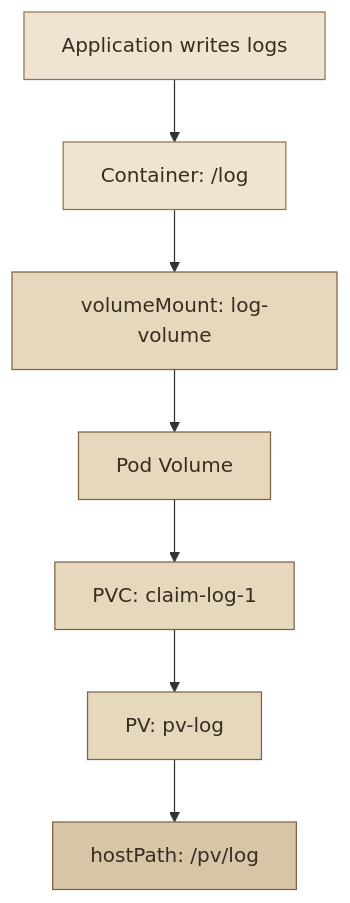
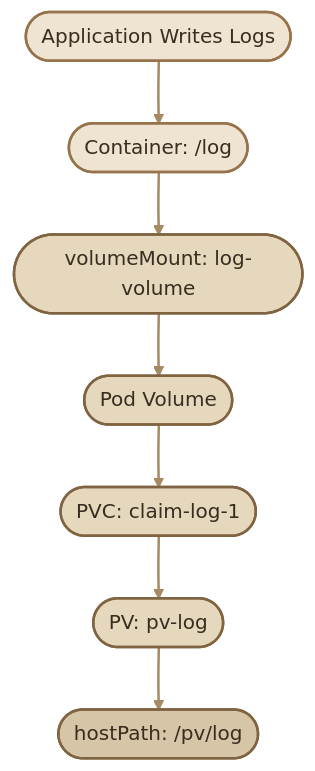
Before and after one commit to mustafammasoud/ops-handbook: the second of 3 diagrams in content/container-orchestration/kubernetes/Storage/persistent-volumes-claims-lab.mdx, drawn with Mermaid. The commit also changed other lines of this file and 1 other file, not shown here.

````diff
--- a/content/container-orchestration/kubernetes/Storage/persistent-volumes-claims-lab.mdx
+++ b/content/container-orchestration/kubernetes/Storage/persistent-volumes-claims-lab.mdx
@@ -461,17 +467,19 @@
 ```mermaid
 flowchart TD
-    A["Application writes logs"] --> B["Container: /log"]
-    B --> C["volumeMount: log-volume"]
-    C --> D["Pod Volume"]
-    D --> E["PVC: claim-log-1"]
-    E --> F["PV: pv-log"]
-    F --> G["hostPath: /pv/log"]
+    A(["Application Writes Logs"]) --> B(["Container: /log"])
+    B --> C(["volumeMount: log-volume"])
+    C --> D(["Pod Volume"])
+    D --> E(["PVC: claim-log-1"])
+    E --> F(["PV: pv-log"])
+    F --> G(["hostPath: /pv/log"])
 
-    classDef app fill:#efe4d1,stroke:#96734b,color:#382d20
-    classDef storage fill:#e5d8bd,stroke:#806442,color:#382d20
-    classDef backend fill:#d7c5a7,stroke:#806442,color:#382d20
+    classDef app fill:#efe4d1,stroke:#96734b,color:#382d20,stroke-width:2px
+    classDef storage fill:#e5d8bd,stroke:#806442,color:#382d20,stroke-width:2px
+    classDef backend fill:#d7c5a7,stroke:#806442,color:#382d20,stroke-width:2px
 
     class A,B app
     class C,D,E,F storage
     class G backend
+
+    linkStyle default stroke:#a58a64,stroke-width:2px
 ```
````
